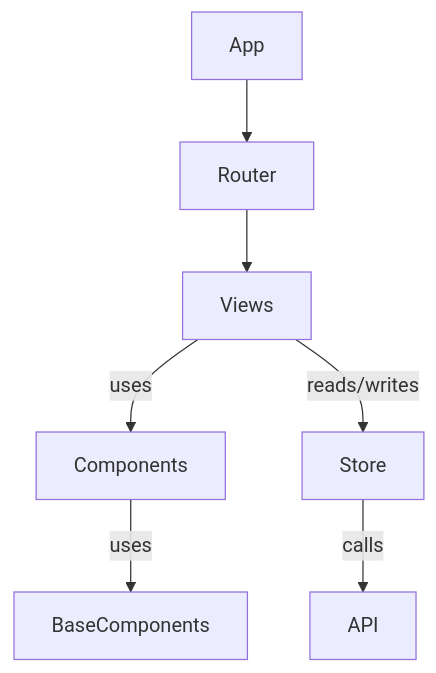
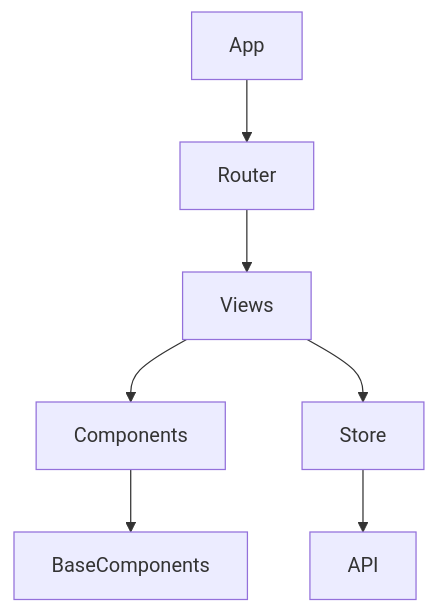
One commit to yang-jaeyoung/claude-marketplace changed the first of 2 diagrams in plugins/az-skill-pack/skills/vue-project-analyzer/SKILL.md. Above: the diagram before and after it, drawn with Mermaid. The commit also changed other lines of this file and 11 other files, not shown here.

````diff
--- a/plugins/az-skill-pack/skills/vue-project-analyzer/SKILL.md
+++ b/plugins/az-skill-pack/skills/vue-project-analyzer/SKILL.md
@@ -146,9 +74,6 @@
 ```mermaid
 graph TD
-    App --> Router
-    Router --> Views
-    Views --> |uses| Components
-    Components --> |uses| BaseComponents
-    Views --> |reads/writes| Store
-    Store --> |calls| API
+    App --> Router --> Views
+    Views --> Components --> BaseComponents
+    Views --> Store --> API
 ```
````
